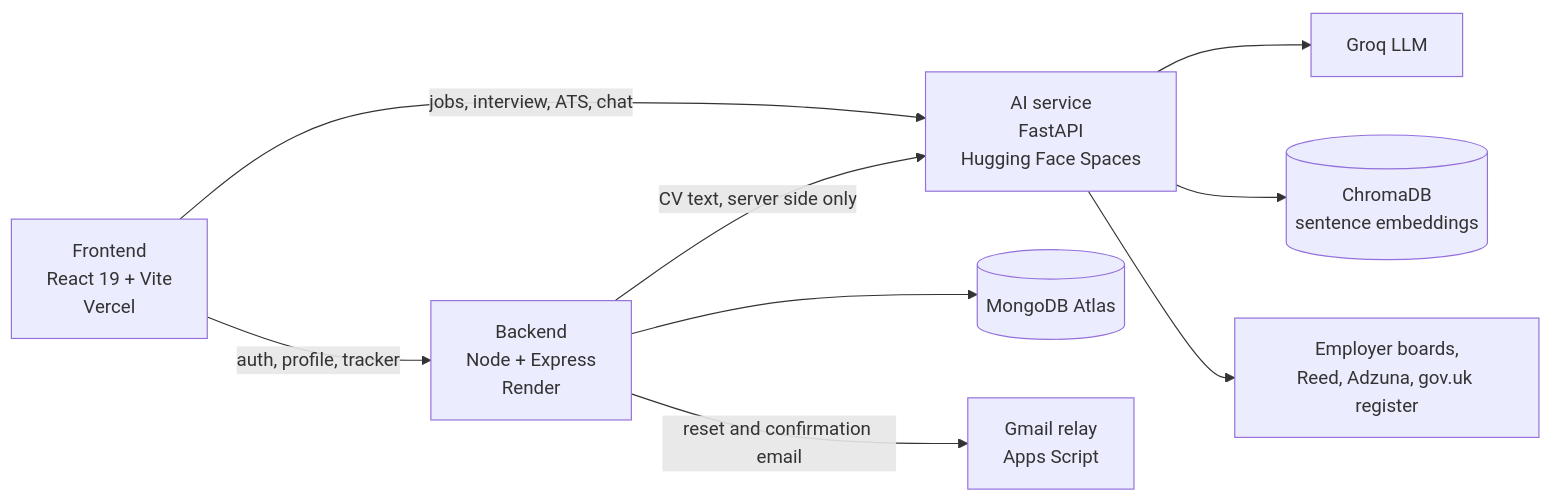
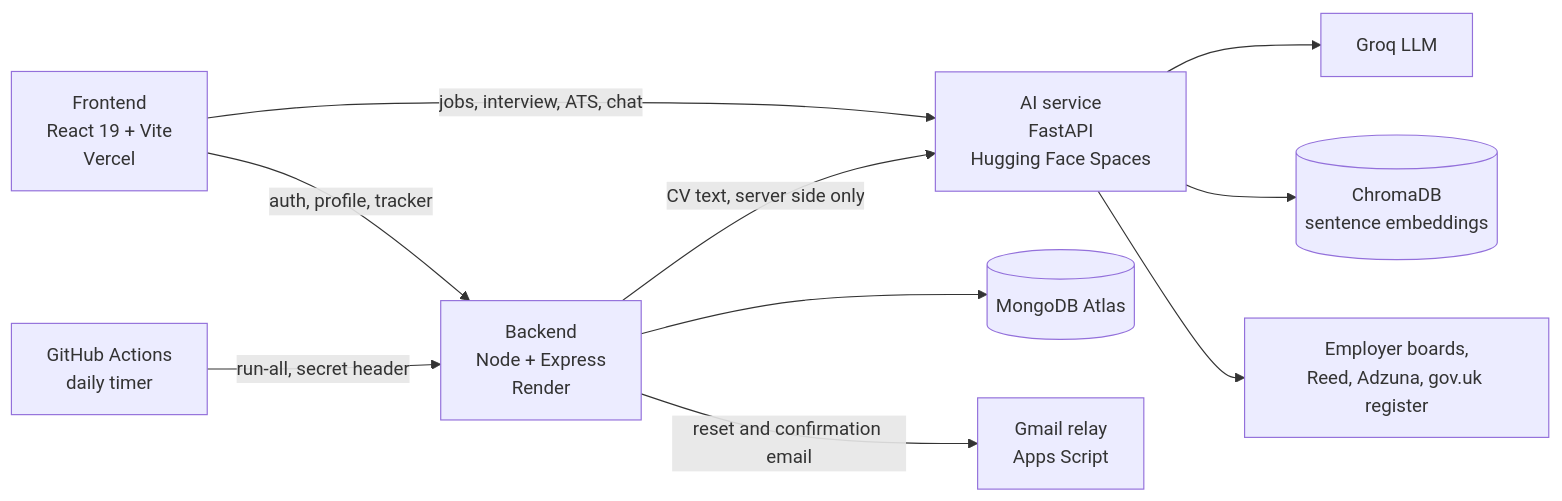
The second of 2 diagrams in README.md (Akshar246/arivo-ai), drawn with Mermaid before and after one commit. The commit also changed other lines of this file and 14 other files, not shown here.

````diff
--- a/README.md
+++ b/README.md
@@ -103,11 +106,12 @@
 ```mermaid
 flowchart LR
     F["Frontend<br/>React 19 + Vite<br/>Vercel"] -->|"auth, profile, tracker"| B["Backend<br/>Node + Express<br/>Render"]
     F -->|"jobs, interview, ATS, chat"| A["AI service<br/>FastAPI<br/>Hugging Face Spaces"]
+    S["GitHub Actions<br/>daily timer"] -->|"run-all, secret header"| B
     B --> M[("MongoDB Atlas")]
     B -->|"CV text, server side only"| A
     B -->|"reset and confirmation email"| G["Gmail relay<br/>Apps Script"]
     A --> L["Groq LLM"]
     A --> C[("ChromaDB<br/>sentence embeddings")]
     A --> E["Employer boards,<br/>Reed, Adzuna, gov.uk register"]
 ```
````
